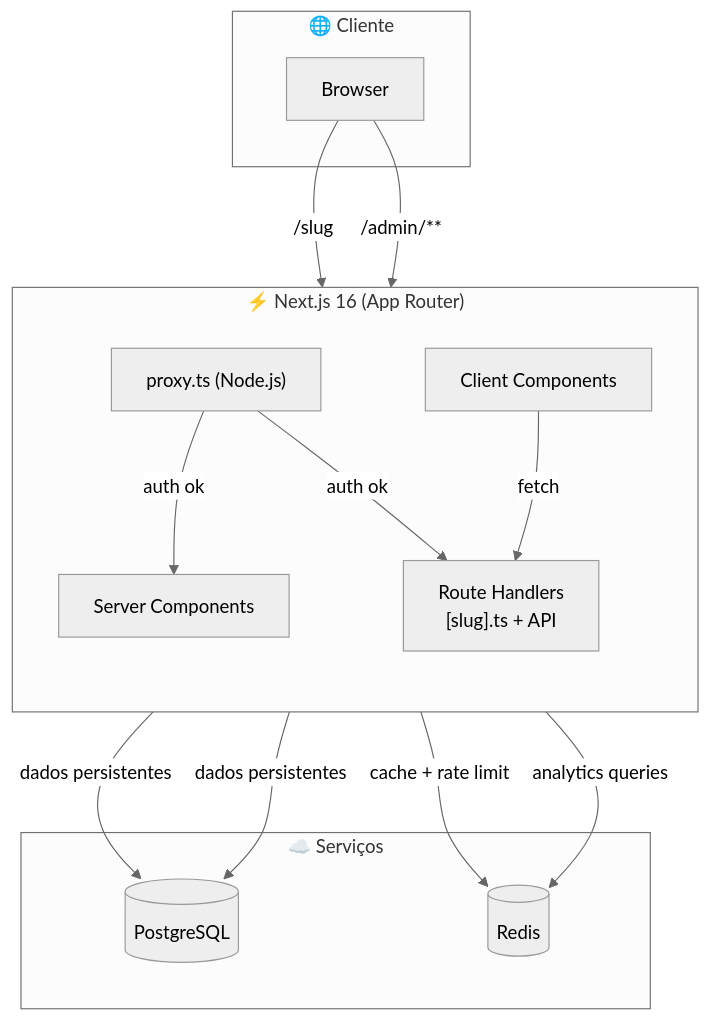
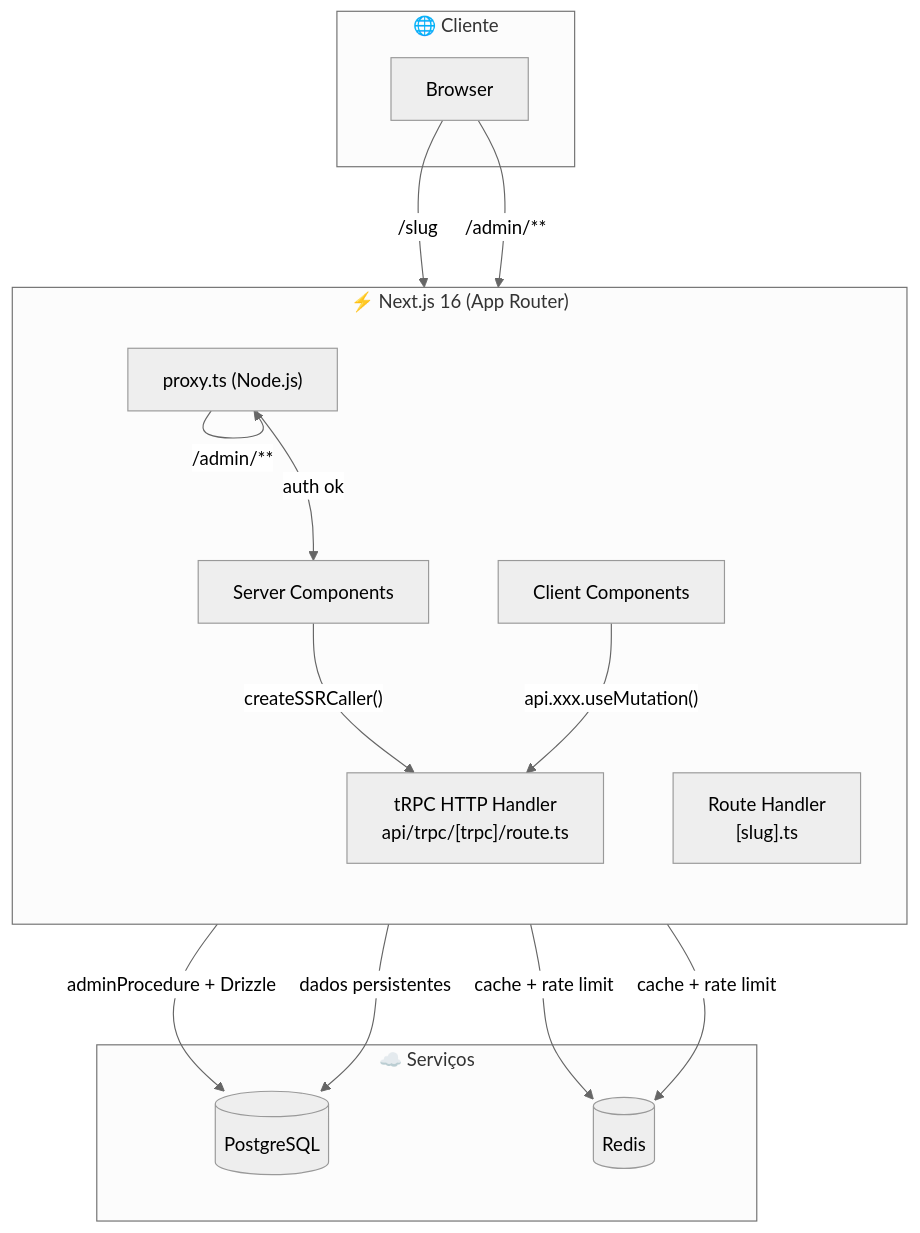
One commit to eduardoaugustolb/encurtador-url changed the first of 2 diagrams in docs/arquitetura.md. Above: the diagram before and after it, drawn with Mermaid (neutral theme). The commit also changed other lines of this file and 55 other files, not shown here.

````diff
--- a/docs/arquitetura.md
+++ b/docs/arquitetura.md
@@ -5,33 +5,35 @@
 ```mermaid
 %%{init: {'flowchart': {'nodeSpacing': 60, 'rankSpacing': 80}}}%%
 graph TB
     subgraph Client["🌐 Cliente"]
         Browser["Browser"]
     end
 
     subgraph NextJS["⚡ Next.js 16 (App Router)"]
         direction TB
         P["proxy.ts (Node.js)"]
-        RH["Route Handlers<br/>[slug].ts + API"]
+        RH["Route Handler<br/>[slug].ts"]
+        tRPC["tRPC HTTP Handler<br/>api/trpc/[trpc]/route.ts"]
         SC["Server Components"]
         CC["Client Components"]
     end
 
     subgraph Services["☁️ Serviços"]
         PG[("PostgreSQL")]
         REDIS[("Redis")]
     end
 
     Browser -->|"/slug"| RH
     Browser -->|"/admin/**"| P
     P -->|auth ok| SC
-    P -->|auth ok| RH
+    P -->|"/admin/**"| P
+
+    SC -->|"createSSRCaller()"| tRPC
+    CC -->|"api.xxx.useMutation()"| tRPC
+
+    tRPC -->|adminProcedure + Drizzle| PG
+    tRPC -->|cache + rate limit| REDIS
 
     RH -->|dados persistentes| PG
     RH -->|cache + rate limit| REDIS
-
-    SC -->|dados persistentes| PG
-    SC -->|analytics queries| REDIS
-
-    CC -->|fetch| RH
 ```
````
